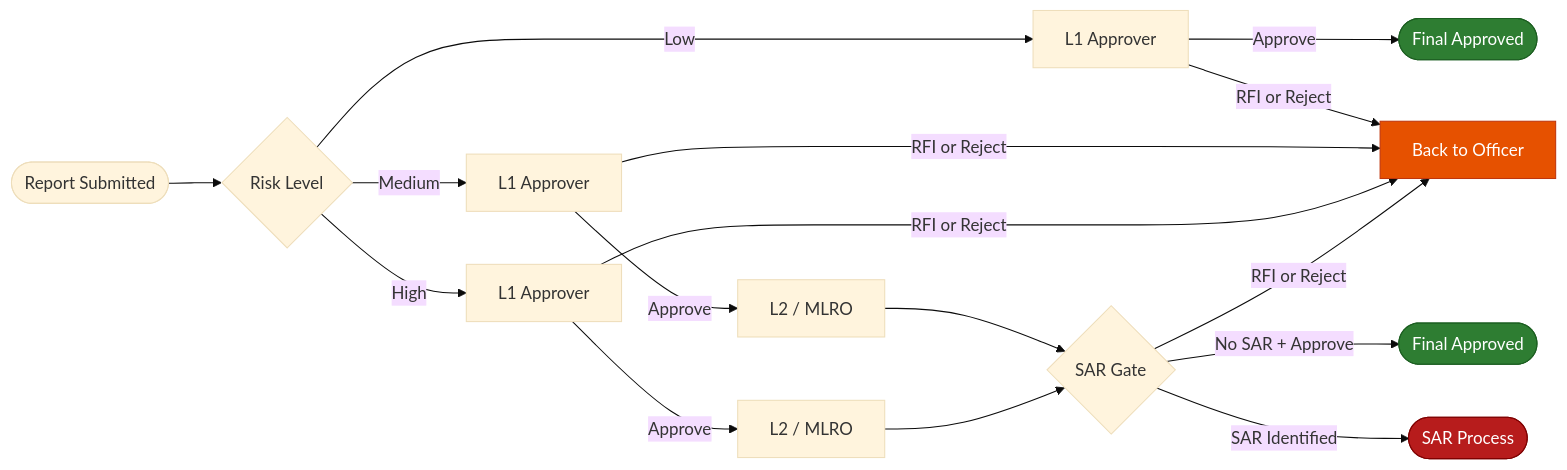
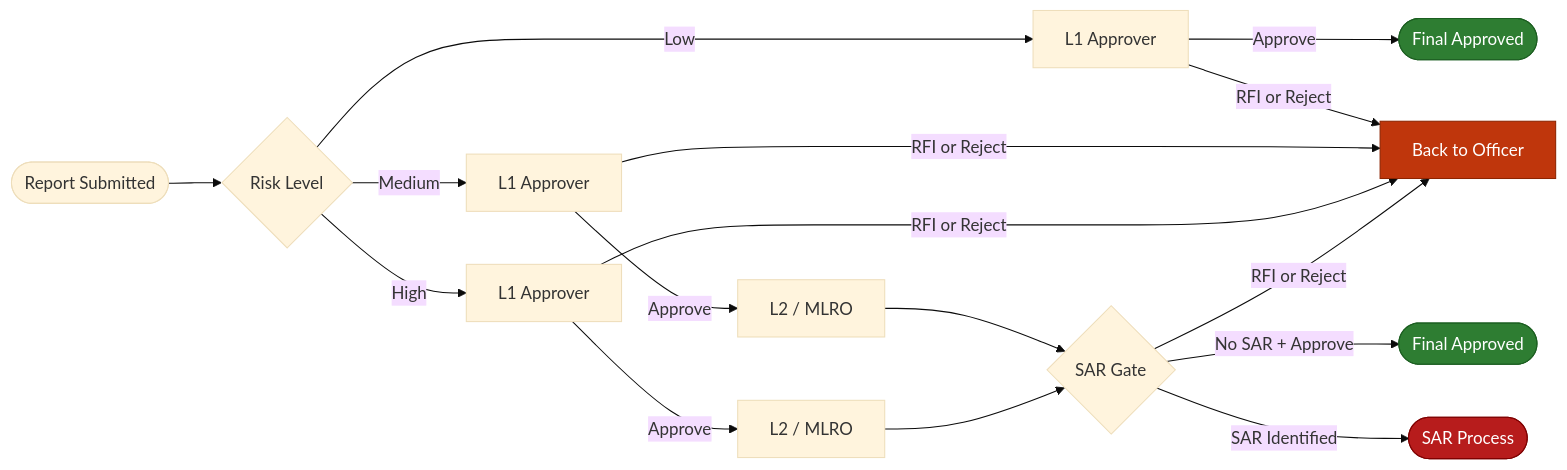
The second of 3 diagrams in docs/diagrams/approval-workflow.md (mazharr-hussain/KycReport), drawn with Mermaid (base theme) before and after one commit. The commit also changed 7 other files, not shown here.

First line of the commit message:
Fix low-contrast diagram colours — replace amber with dark slate

````diff
--- a/docs/diagrams/approval-workflow.md
+++ b/docs/diagrams/approval-workflow.md
@@ -58,29 +58,29 @@
 ```mermaid
 flowchart LR
     SUBMIT([Report Submitted]) --> RISK{Risk Level}
 
     RISK -->|Low| L1_LOW[L1 Approver]
     RISK -->|Medium| L1_MED[L1 Approver]
     RISK -->|High| L1_HIGH[L1 Approver]
 
     L1_LOW -->|Approve| FINAL_LOW([Final Approved])
     L1_LOW -->|RFI or Reject| OFFICER[Back to Officer]
 
     L1_MED -->|Approve| L2_MED[L2 / MLRO]
     L1_MED -->|RFI or Reject| OFFICER
 
     L1_HIGH -->|Approve| L2_HIGH[L2 / MLRO]
     L1_HIGH -->|RFI or Reject| OFFICER
 
     L2_MED --> SAR{SAR Gate}
     L2_HIGH --> SAR
 
     SAR -->|No SAR + Approve| FINAL([Final Approved])
     SAR -->|SAR Identified| SAR_PROC([SAR Process])
     SAR -->|RFI or Reject| OFFICER
 
     style FINAL_LOW fill:#2E7D32,color:#fff,stroke:#1B5E20
     style FINAL fill:#2E7D32,color:#fff,stroke:#1B5E20
     style SAR_PROC fill:#B71C1C,color:#fff,stroke:#7F0000
-    style OFFICER fill:#E65100,color:#fff,stroke:#BF360C
+    style OFFICER fill:#BF360C,color:#fff,stroke:#8D2400
 ```
````
